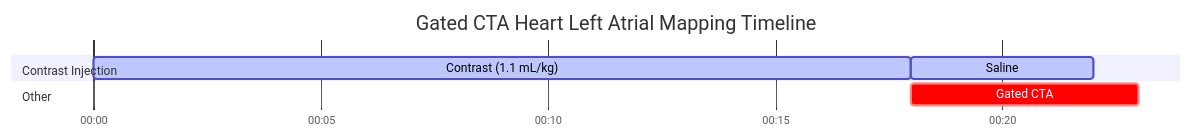
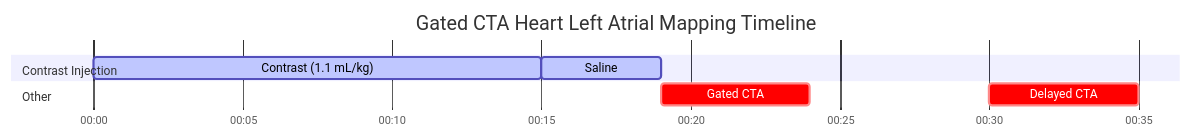
One commit to dfergs93/radiology-protocols changed the diagram in docs/ct/cardiac/gated-cta-heart-left-atrial-mapping.md. Above: the diagram before and after it, drawn with Mermaid. The commit also changed other lines of this file and 47 other files, not shown here.

Commit message:
Restore protocol files from main and add acquisition-diagram placeholders; default contrast duration to 30s when missing

````diff
--- a/docs/ct/cardiac/gated-cta-heart-left-atrial-mapping.md
+++ b/docs/ct/cardiac/gated-cta-heart-left-atrial-mapping.md
@@ -85,18 +87,19 @@
   ```mermaid
   ---
   displayMode: compact
   config:
     theme: default
     themeCSS: " #Saline{ fill: #4ed5ff; stroke: #2094f3; } "
   ---
     gantt
       title Gated CTA Heart Left Atrial Mapping Timeline
       dateFormat mm:ss
       axisFormat %M:%S 
       
       section Contrast Injection
-      Contrast (1.1 mL/kg)    :active, contrast, 00:00, 18s
+      Contrast (1.1 mL/kg)    :active, contrast, 00:00, 15s
       Saline          :active, saline, after contrast, 4s
       section Other
-      Gated CTA    :crit, scan1, after contrast, 5s
+      Gated CTA    :crit, scan1, after saline, 5s
+      Delayed CTA    :crit, scan2, 00:30, 5s
   ```
````
